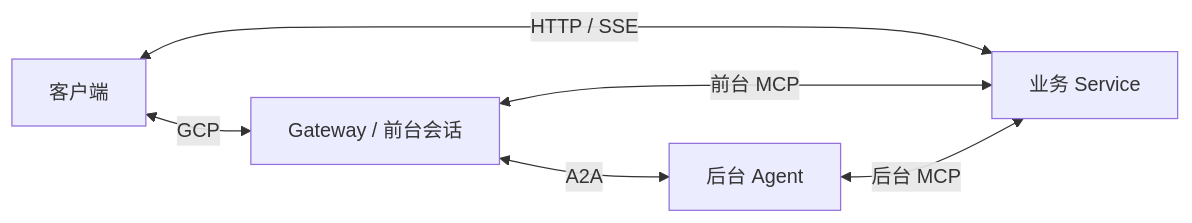
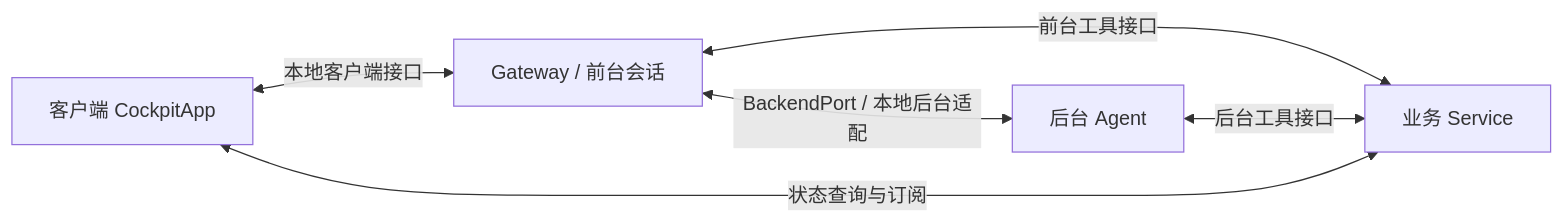
The diagram in examples/smart-cockpit-python-study/README.md (a-rookie-create/qwen-audio-agent), drawn with Mermaid before and after one commit. The commit also changed other lines of this file and 73 other files, not shown here.

````diff
--- a/examples/smart-cockpit-python-study/README.md
+++ b/examples/smart-cockpit-python-study/README.md
@@ -23,8 +53,8 @@
 ```mermaid
 flowchart LR
-    C["客户端"] <-->|GCP| G["Gateway / 前台会话"]
-    G <-->|A2A| A["后台 Agent"]
-    C <-->|HTTP / SSE| S["业务 Service"]
-    G <-->|前台 MCP| S
-    A <-->|后台 MCP| S
+    C[客户端 CockpitApp] <-->|本地客户端接口| G[Gateway / 前台会话]
+    G <-->|BackendPort / 本地后台适配| A[后台 Agent]
+    G <-->|前台工具接口| S[业务 Service]
+    A <-->|后台工具接口| S
+    C <-->|状态查询与订阅| S
 ```
````
